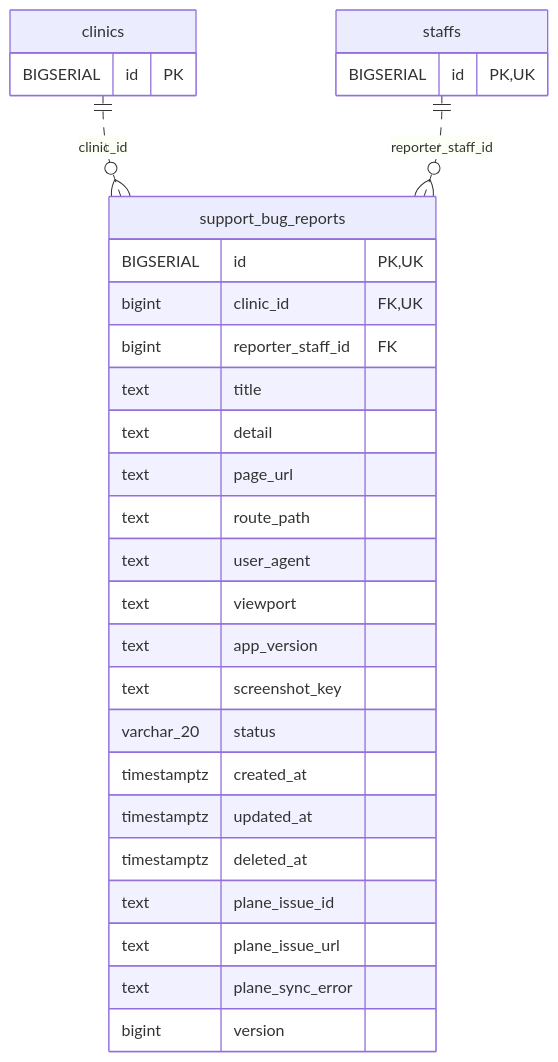
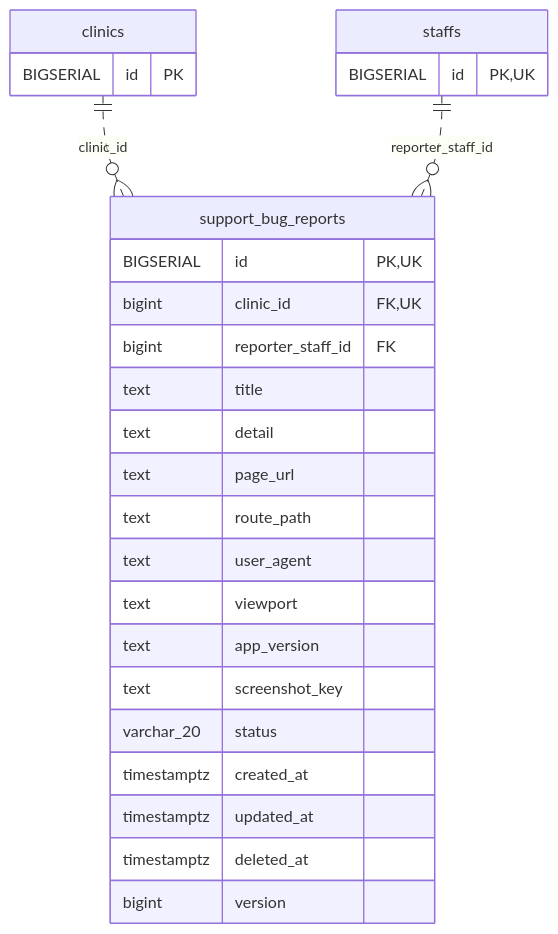
The diagram in docs/architecture/erd-detail/support_bug_reports.md (MinoruSoga/AnimalEkarte), drawn with Mermaid before and after one commit. The commit also changed other lines of this file and 147 other files, not shown here.

````diff
--- a/docs/architecture/erd-detail/support_bug_reports.md
+++ b/docs/architecture/erd-detail/support_bug_reports.md
@@ -42,32 +39,29 @@
 ```mermaid
 erDiagram
     support_bug_reports {
         BIGSERIAL id PK,UK
         bigint clinic_id FK,UK
         bigint reporter_staff_id FK
         text title
         text detail
         text page_url
         text route_path
         text user_agent
         text viewport
         text app_version
         text screenshot_key
         varchar_20 status
         timestamptz created_at
         timestamptz updated_at
         timestamptz deleted_at
-        text plane_issue_id
-        text plane_issue_url
-        text plane_sync_error
         bigint version
     }
     clinics {
         BIGSERIAL id PK
     }
     staffs {
         BIGSERIAL id PK,UK
     }
     clinics ||..o{ support_bug_reports : "clinic_id"
     staffs ||..o{ support_bug_reports : "reporter_staff_id"
 ```
````
